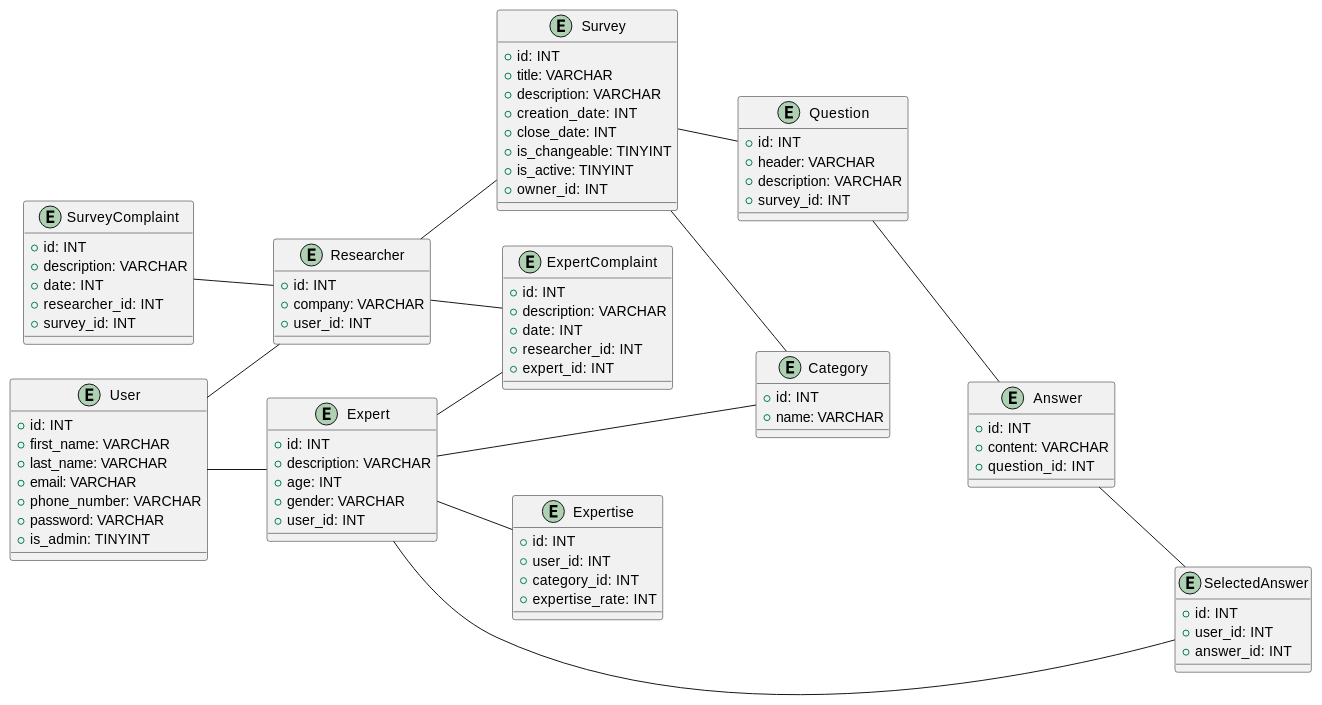
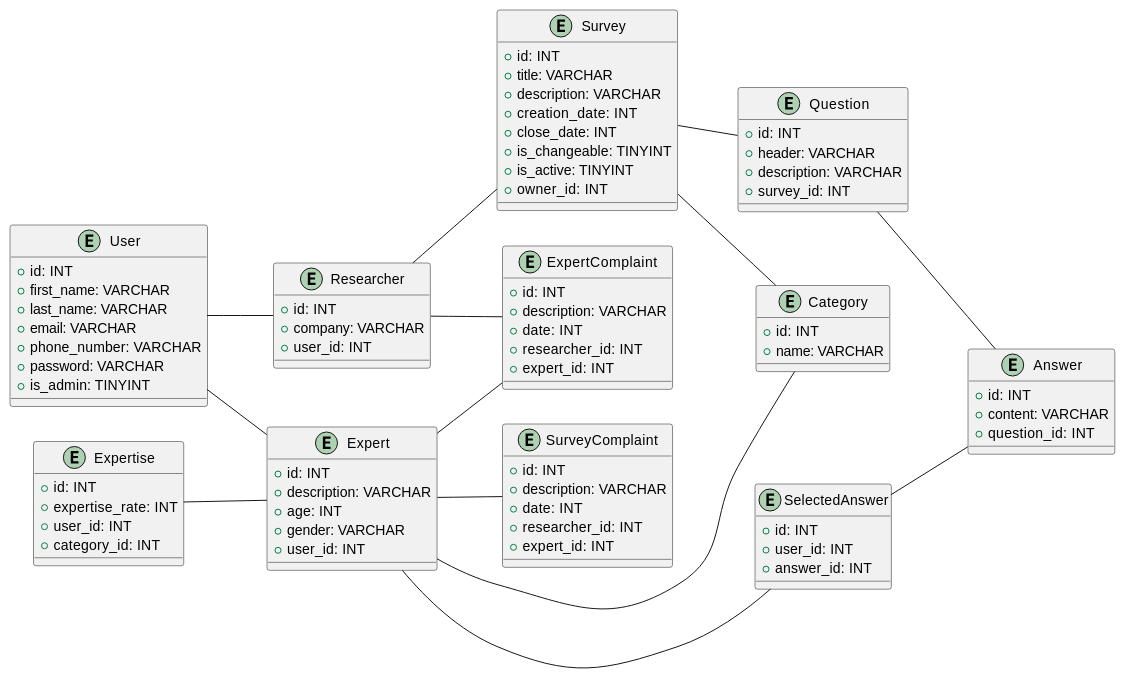
The second of 2 diagrams in docs/design.md (generalmaks/db_labs), drawn with PlantUML before and after one commit.

Commit message:
some fixes ER-model

```diff
--- a/docs/design.md
+++ b/docs/design.md
@@ -213,7 +213,7 @@
     + description: VARCHAR
     + date: INT
     + researcher_id: INT
-    + survey_id: INT    
+    + expert_id: INT    
   }
   
    entity "Survey" {
@@ -248,9 +248,9 @@
 
    entity "Expertise" {
     + id: INT 
+    + expertise_rate: INT
     + user_id: INT
     + category_id: INT
-    + expertise_rate: INT
   }
   
   entity "SelectedAnswer" {
@@ -262,22 +262,23 @@
   
   "User" -- "Researcher"
   "User" -- "Expert"
-  
-  "Researcher" -u- "SurveyComplaint" 
+   
   "Researcher" -- "ExpertComplaint"
   "Researcher" -- "Survey"
   
   "Expert" -- "ExpertComplaint"
   "Expert" -- "Category"
-  "Expert" -- "Expertise"
+  "Expertise" -- "Expert"
   "Expert" -- "SelectedAnswer"
+  "Expert" -- "SurveyComplaint"
   
   "Survey" -- "Question"
   "Survey" -- "Category"
   
   "Question" -- "Answer"
   
-  "Answer" -- "SelectedAnswer"
+  "SelectedAnswer" -- "Answer"
+
   
 
 @enduml
```
